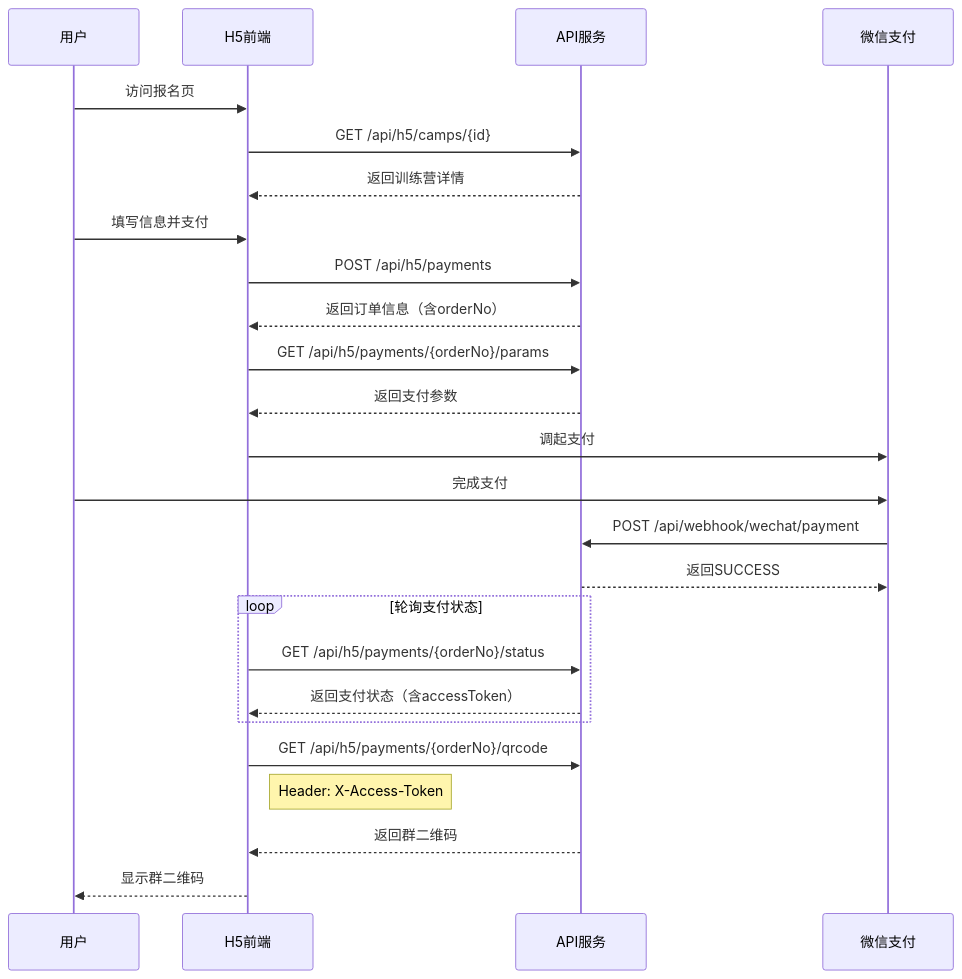
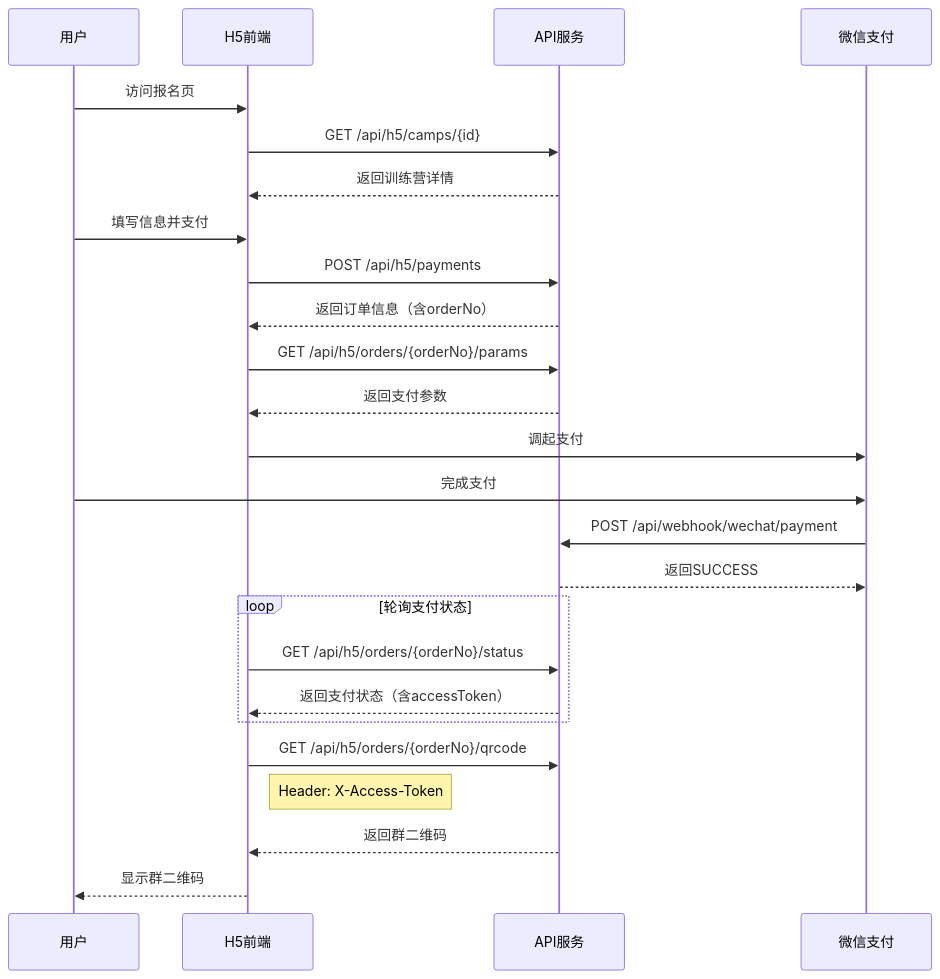
The first of 3 diagrams in docs/v1/api/接口文档.md (yiancode/AutoDepositRefundAgent), drawn with Mermaid before and after one commit. The commit also changed other lines of this file, not shown here.

````diff
--- a/docs/v1/api/接口文档.md
+++ b/docs/v1/api/接口文档.md
@@ -3355,33 +3355,33 @@
 ```mermaid
 sequenceDiagram
     participant U as 用户
     participant H5 as H5前端
     participant API as API服务
     participant WX as 微信支付
 
     U->>H5: 访问报名页
     H5->>API: GET /api/h5/camps/{id}
     API-->>H5: 返回训练营详情
 
     U->>H5: 填写信息并支付
     H5->>API: POST /api/h5/payments
     API-->>H5: 返回订单信息（含orderNo）
 
-    H5->>API: GET /api/h5/payments/{orderNo}/params
+    H5->>API: GET /api/h5/orders/{orderNo}/params
     API-->>H5: 返回支付参数
 
     H5->>WX: 调起支付
     U->>WX: 完成支付
     WX->>API: POST /api/webhook/wechat/payment
     API-->>WX: 返回SUCCESS
 
     loop 轮询支付状态
-        H5->>API: GET /api/h5/payments/{orderNo}/status
+        H5->>API: GET /api/h5/orders/{orderNo}/status
         API-->>H5: 返回支付状态（含accessToken）
     end
 
-    H5->>API: GET /api/h5/payments/{orderNo}/qrcode
+    H5->>API: GET /api/h5/orders/{orderNo}/qrcode
     Note right of H5: Header: X-Access-Token
     API-->>H5: 返回群二维码
     H5-->>U: 显示群二维码
 ```
````
